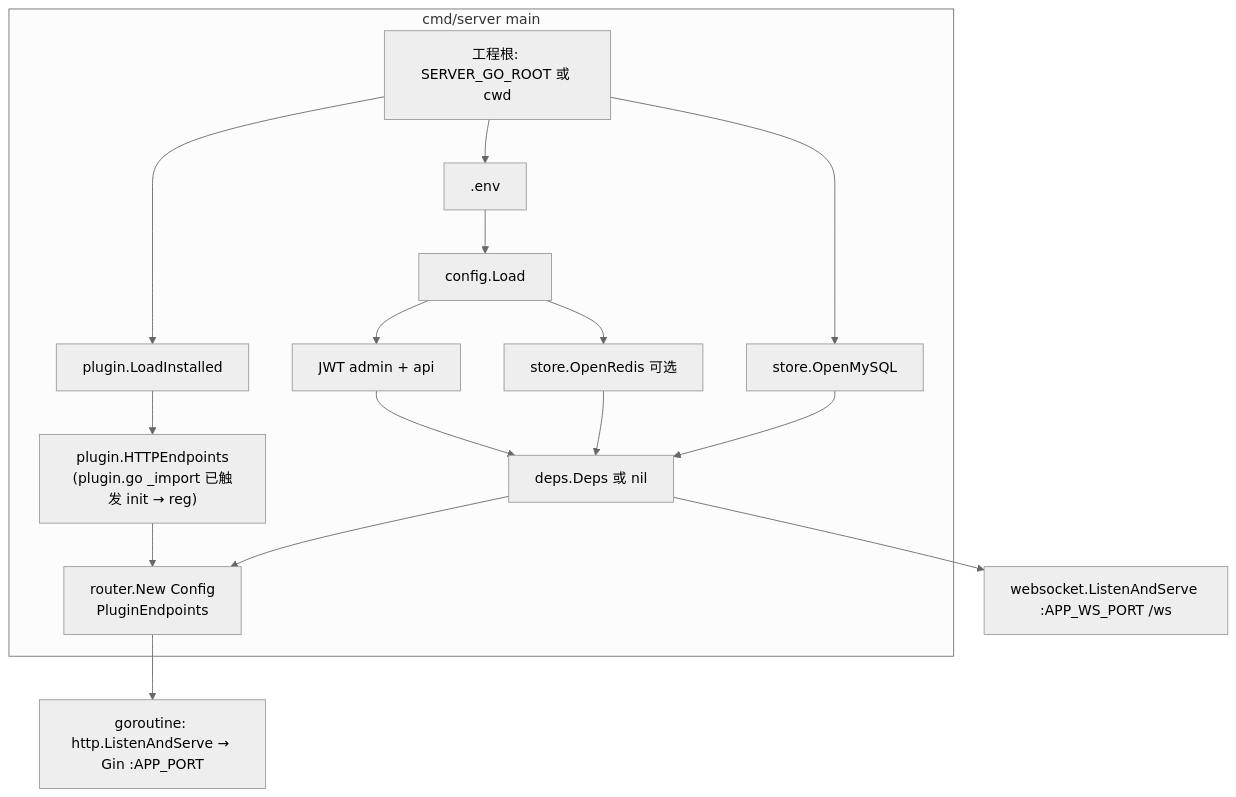
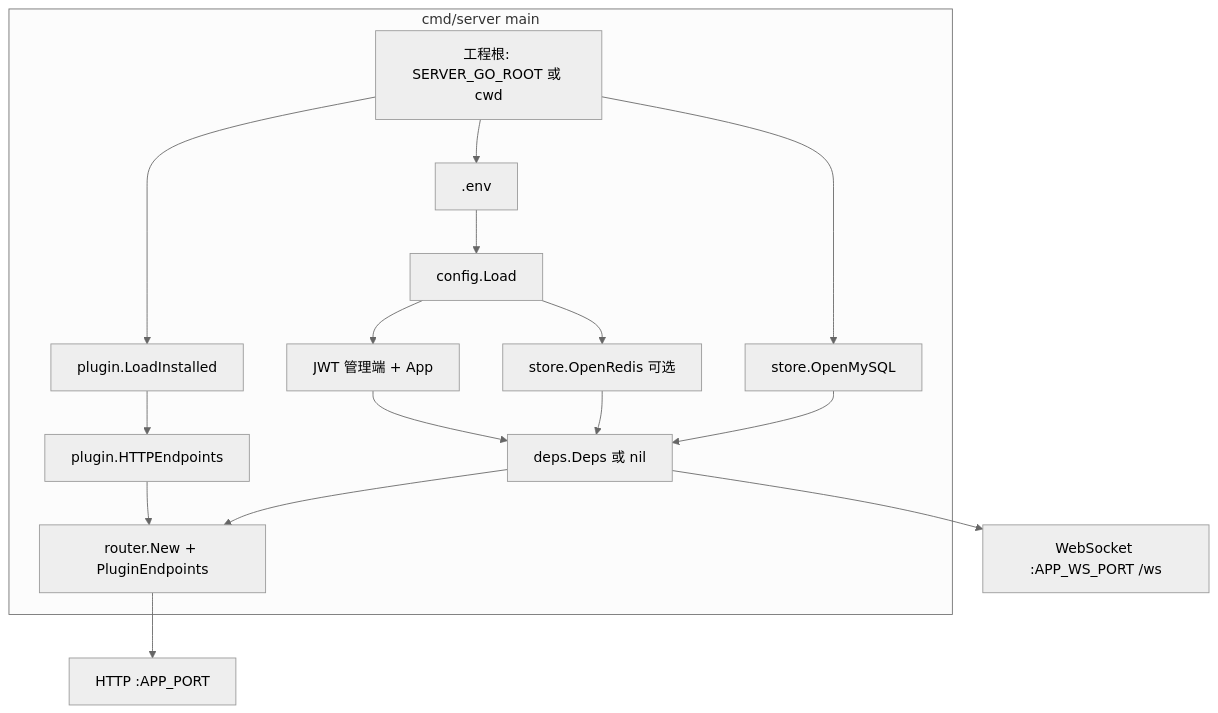
The diagram in server_go/docs/core-features.md (deepsea-tyy/fastapp), drawn with Mermaid (neutral theme) before and after one commit. The commit also changed other lines of this file and 91 other files, not shown here.

````diff
--- a/server_go/docs/core-features.md
+++ b/server_go/docs/core-features.md
@@ -15,20 +15,20 @@
 ```mermaid
 flowchart TB
   subgraph boot["cmd/server main"]
     ROOT["工程根: SERVER_GO_ROOT 或 cwd"]
     ROOT --> ENV[".env"]
     ENV --> CFG["config.Load"]
     ROOT --> PI["plugin.LoadInstalled"]
     ROOT --> DB["store.OpenMySQL"]
     CFG --> RDB["store.OpenRedis 可选"]
-    CFG --> JWT["JWT admin + api"]
+    CFG --> JWT["JWT 管理端 + App"]
     DB --> D["deps.Deps 或 nil"]
     RDB --> D
     JWT --> D
-    PI --> PE["plugin.HTTPEndpoints<br/>(plugin.go _import 已触发 init → reg)"]
-    D --> R["router.New Config<br/>PluginEndpoints"]
+    PI --> PE["plugin.HTTPEndpoints"]
+    D --> R["router.New + PluginEndpoints"]
     PE --> R
   end
-  R --> HTTP["goroutine: http.ListenAndServe → Gin :APP_PORT"]
-  D --> WS["websocket.ListenAndServe :APP_WS_PORT /ws"]
+  R --> HTTP["HTTP :APP_PORT"]
+  D --> WS["WebSocket :APP_WS_PORT /ws"]
 ```
````
